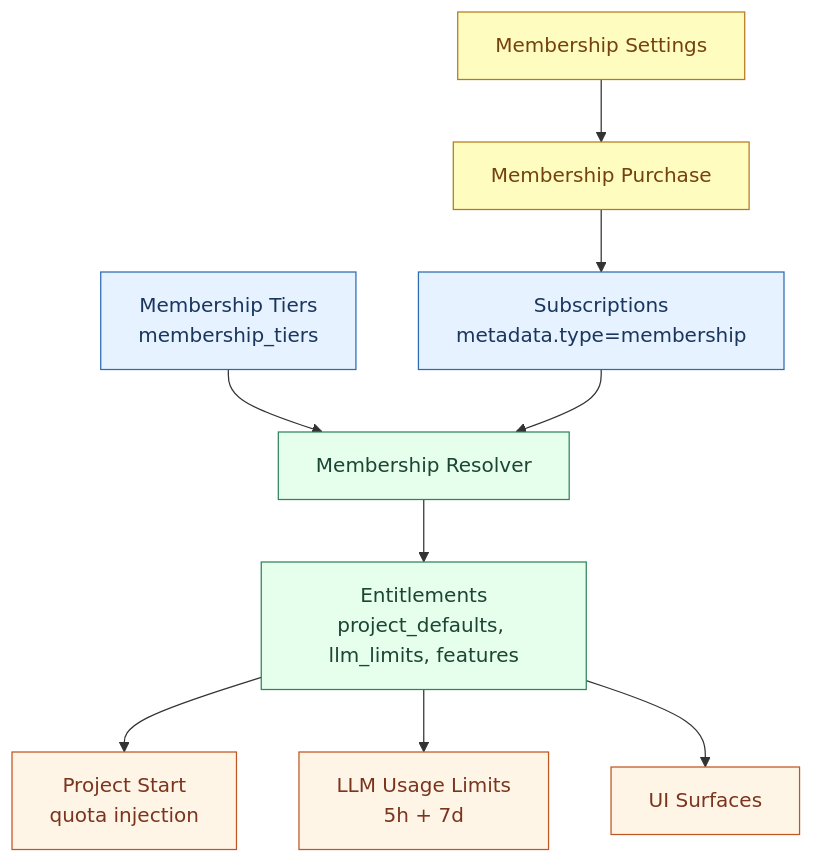
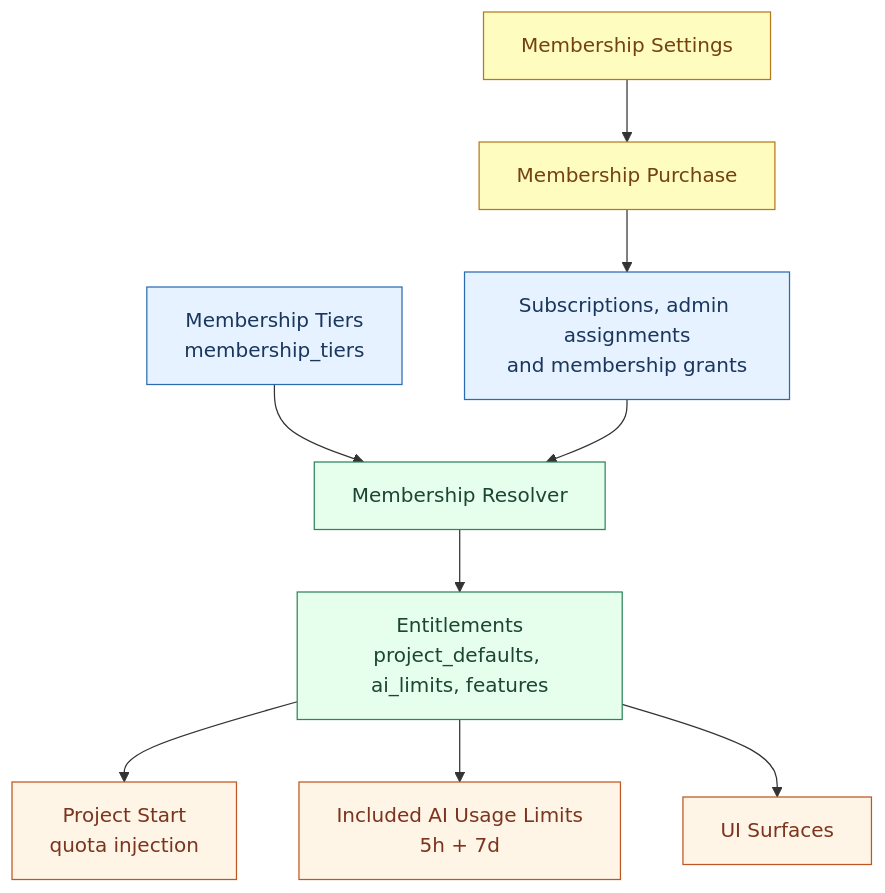
One commit to sagemathinc/cocalc-ai changed the diagram in docs/membership.md. Above: the diagram before and after it, drawn with Mermaid. The commit also changed other lines of this file and 48 other files, not shown here.

````diff
--- a/docs/membership.md
+++ b/docs/membership.md
@@ -15,21 +15,21 @@
 ```mermaid
 flowchart TD
   A[Membership Tiers<br/>membership_tiers] --> B[Membership Resolver]
-  C[Subscriptions<br/>metadata.type=membership] --> B
-  B --> D[Entitlements<br/>project_defaults, llm_limits, features]
+  C[Subscriptions, admin assignments<br/>and membership grants] --> B
+  B --> D[Entitlements<br/>project_defaults, ai_limits, features]
   D --> E[Project Start<br/>quota injection]
-  D --> F[LLM Usage Limits<br/>5h + 7d]
+  D --> F[Included AI Usage Limits<br/>5h + 7d]
   D --> G[UI Surfaces]
   H[Membership Settings] --> I[Membership Purchase]
   I --> C
 
   classDef data fill:#e6f2ff,stroke:#2b6cb0,color:#1a365d;
   classDef logic fill:#e6ffed,stroke:#2f855a,color:#1c4532;
   classDef ui fill:#fff5e6,stroke:#c05621,color:#7b341e;
   classDef purchase fill:#fefcbf,stroke:#b7791f,color:#744210;
 
   class A,C data;
   class B,D logic;
   class E,F,G ui;
   class H,I purchase;
 ```
````
